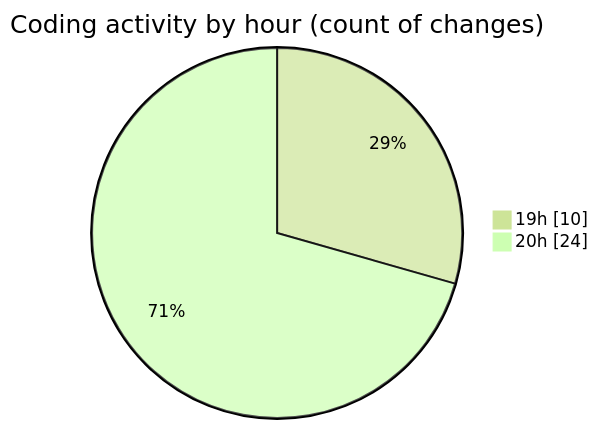
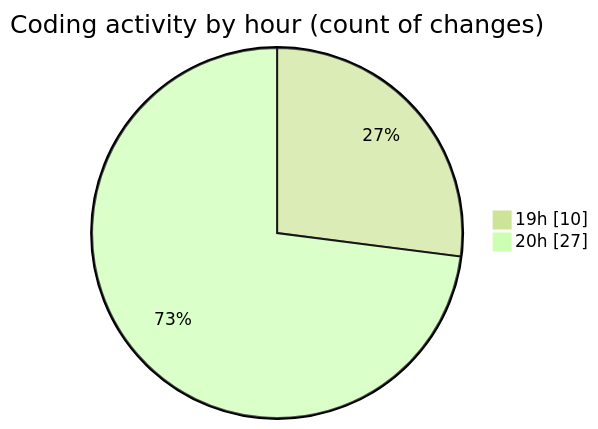
The second of 2 diagrams in 2025-01-28/trollerboard/README.md (charlie-sans/code-tracking), drawn with Mermaid (forest theme) before and after one commit. The commit also changed other lines of this file and 1 other file, not shown here.

````diff
--- a/2025-01-28/trollerboard/README.md
+++ b/2025-01-28/trollerboard/README.md
@@ -37,6 +37,6 @@
 ```mermaid
 pie showData
 title Coding activity by hour (count of changes)
 "19h" : 10
-"20h" : 24
+"20h" : 27
 ```
````
